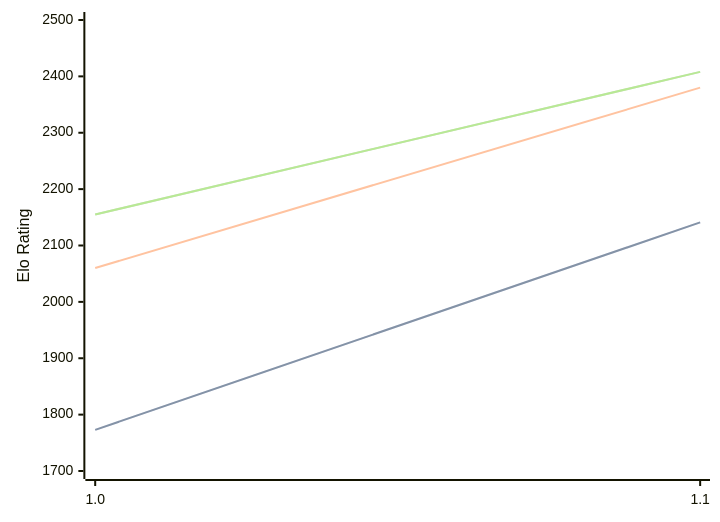
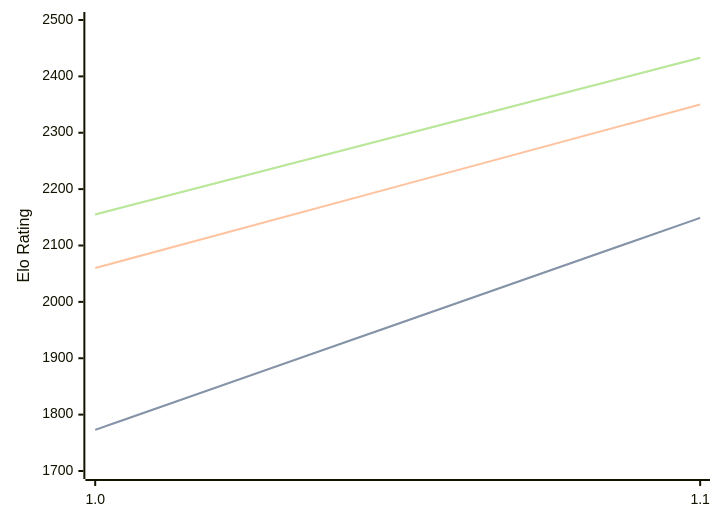
The diagram in engines/Echekinator.md (computer-chess-index/cci), drawn with Mermaid before and after one commit. The commit also changed other lines of this file, not shown here.

Commit message:
Update CCI Ratings (ELO VLTC) - 2026-10-02

````diff
--- a/engines/Echekinator.md
+++ b/engines/Echekinator.md
@@ -32,11 +32,11 @@
 ```mermaid
 %%{init: {"theme":"base","themeVariables":{"seriesColors:['#a3a3a3','#222221','#faa371']}}}%%
 xychart-beta
   x-axis ["1.0", "1.1"]
   y-axis "Elo Rating" 1700 --> 2500
-  line "" [1773, 2141]
-  line "STC (8.0+0.08s)" [1773, 2141]
-  line "LTC (60.0+0.60s)" [2060, 2380]
-  line "" [2155, 2408]
-  line "VLTC (2m24s+1.12s)" [2155, 2408]
+  line "" [1773, 2149]
+  line "STC (8.0+0.08s)" [1773, 2149]
+  line "LTC (60.0+0.60s)" [2060, 2350]
+  line "" [2155, 2433]
+  line "VLTC (2m24s+1.12s)" [2155, 2433]
 ```
````
